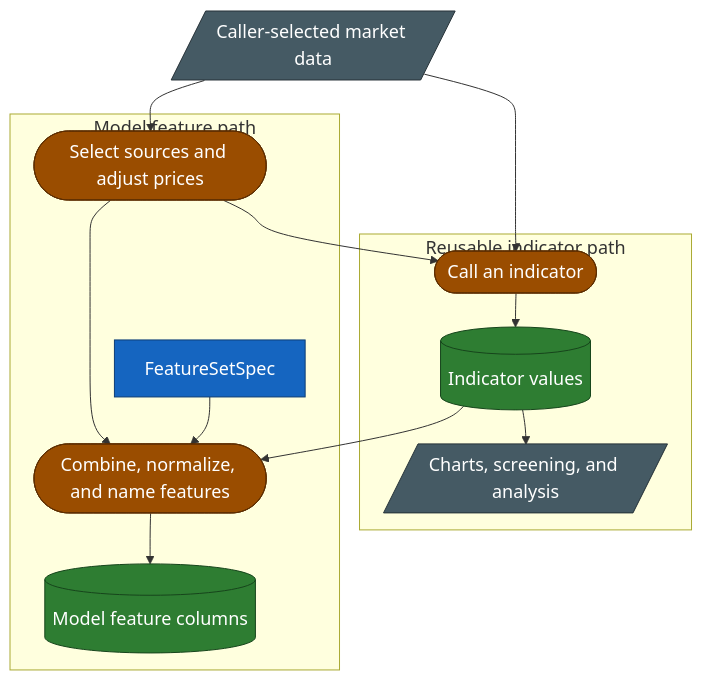
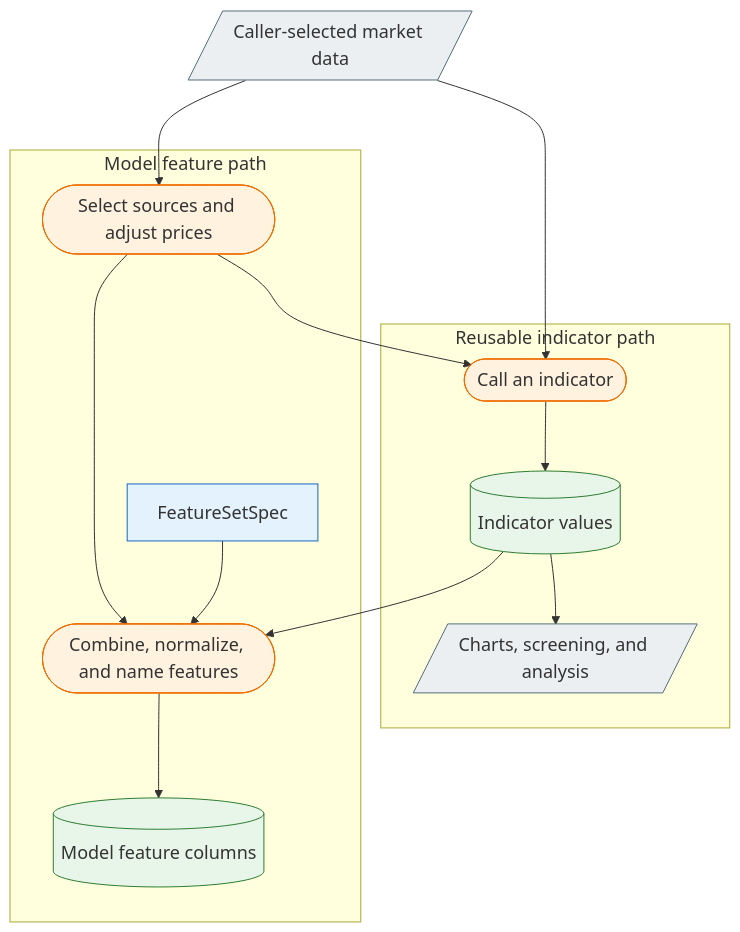
One commit to Frallmeister/swingtrader-app changed the diagram in docs/data/features.md. Above: the diagram before and after it, drawn with Mermaid. The commit also changed 5 other files, not shown here.

Commit message:
Fix the diagram styling

````diff
--- a/docs/data/features.md
+++ b/docs/data/features.md
@@ -30,35 +30,35 @@
 ```mermaid
-%%{init: {"themeVariables": {"fontSize": "18px"}, "flowchart": {"nodeSpacing": 28, "rankSpacing": 34}}}%%
+%%{init: {"themeVariables": {"fontSize": "18px"}, "flowchart": {"nodeSpacing": 45, "rankSpacing": 70}}}%%
 flowchart TB
     market[/Caller-selected market data/]
 
     subgraph reusable["Reusable indicator path"]
         indicator_call([Call an indicator])
         indicators[(Indicator values)]
         consumers[/Charts, screening, and analysis/]
         indicator_call --> indicators --> consumers
     end
 
     subgraph modeling["Model feature path"]
         source_policy([Select sources and adjust prices])
         feature_transform([Combine, normalize, and name features])
         feature_set["FeatureSetSpec"]
         feature_columns[(Model feature columns)]
         source_policy --> feature_transform --> feature_columns
         feature_set --> feature_transform
     end
 
     market --> indicator_call
     market --> source_policy
     source_policy --> indicator_call
     indicators --> feature_transform
 
-    classDef input fill:#455a64,stroke:#263238,color:#ffffff
-    classDef action fill:#9a4d00,stroke:#5d2e00,color:#ffffff
-    classDef artifact fill:#2e7d32,stroke:#17451c,color:#ffffff
-    classDef contract fill:#1565c0,stroke:#0d3d75,color:#ffffff
+    classDef input fill:#eceff1,stroke:#546e7a
+    classDef action fill:#fff3e0,stroke:#ef6c00
+    classDef artifact fill:#e8f5e9,stroke:#2e7d32
+    classDef contract fill:#e3f2fd,stroke:#1565c0
     class market,consumers input
     class indicator_call,source_policy,feature_transform action
     class indicators,feature_columns artifact
     class feature_set contract
 ```
````
